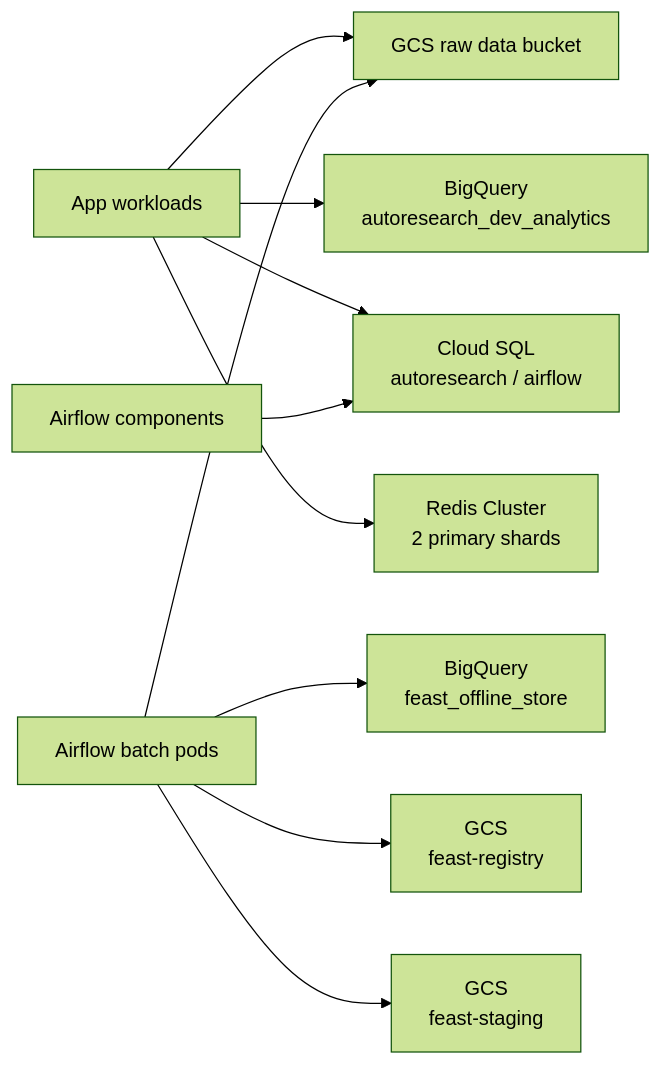
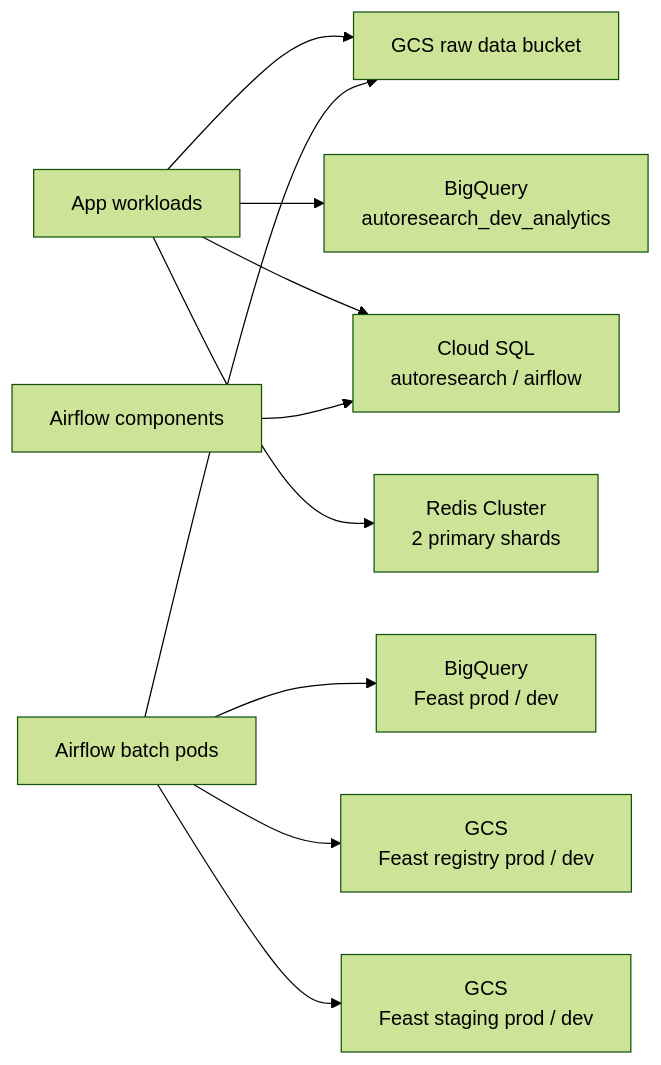
The sixth of 9 diagrams in docs/INFRASTRUCTURE_SUMMARY.md (SKYAHO/Autoresearch-infra), drawn with Mermaid (forest theme) before and after one commit. The commit also changed other lines of this file and 24 other files, not shown here.

First line of the commit message:
feat: Feast 런타임 환경 IAM 및 GCS 경계 분리 (#431)

````diff
--- a/docs/INFRASTRUCTURE_SUMMARY.md
+++ b/docs/INFRASTRUCTURE_SUMMARY.md
@@ -368,23 +375,23 @@
 ```mermaid
 flowchart LR
     app["App workloads"]
     airflowComp["Airflow components"]
     batch["Airflow batch pods"]
     raw["GCS raw data bucket"]
     bqanalytics["BigQuery<br/>autoresearch_dev_analytics"]
-    feastbq["BigQuery<br/>feast_offline_store"]
-    registry["GCS<br/>feast-registry"]
-    staging["GCS<br/>feast-staging"]
+    feastbq["BigQuery<br/>Feast prod / dev"]
+    registry["GCS<br/>Feast registry prod / dev"]
+    staging["GCS<br/>Feast staging prod / dev"]
     sql["Cloud SQL<br/>autoresearch / airflow"]
     redis["Redis Cluster<br/>2 primary shards"]
 
     app --> raw
     app --> bqanalytics
     app --> sql
     app --> redis
     batch --> raw
     batch --> feastbq
     batch --> registry
     batch --> staging
     airflowComp --> sql
 ```
````
